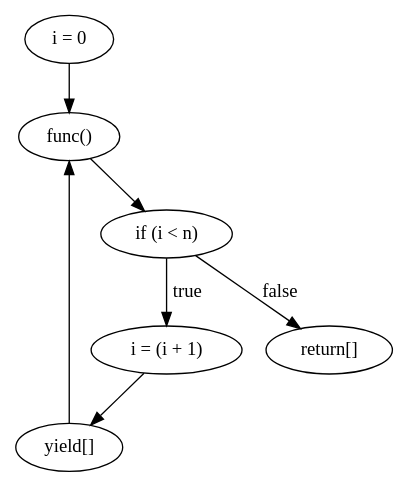
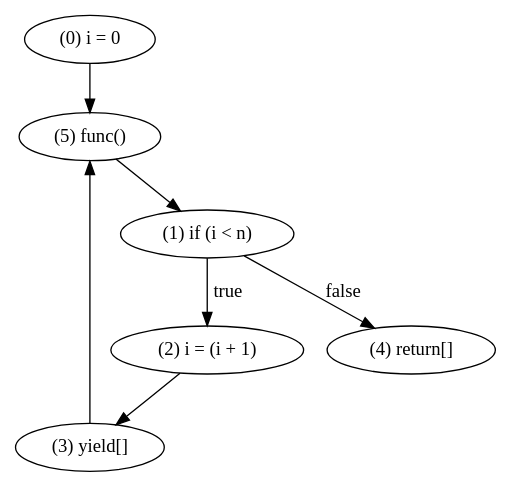
Before and after one commit to WorldofKerry/ToHDL: the diagram in crates/passes/insert_func_nodes.dot, drawn with Graphviz. The commit also changed 8 other files, not shown here.

```diff
--- a/crates/passes/insert_func_nodes.dot
+++ b/crates/passes/insert_func_nodes.dot
@@ -1,14 +1,14 @@
 digraph {
-    0 [ label = "i = 0" ]
-    1 [ label = "if (i < n)" ]
-    2 [ label = "i = (i + 1)" ]
-    3 [ label = "yield[]" ]
-    4 [ label = "return[]" ]
-    5 [ label = "func()" ]
-    3 -> 5 [ label = "" ]
+    0 [ label = "(0) i = 0" ]
+    1 [ label = "(1) if (i < n)" ]
+    2 [ label = "(2) i = (i + 1)" ]
+    3 [ label = "(3) yield[]" ]
+    4 [ label = "(4) return[]" ]
+    5 [ label = "(5) func()" ]
+    0 -> 5 [ label = "" ]
+    1 -> 4 [ label = "false" ]
     1 -> 2 [ label = "true" ]
     2 -> 3 [ label = "" ]
+    3 -> 5 [ label = "" ]
     5 -> 1 [ label = "" ]
-    1 -> 4 [ label = "false" ]
-    0 -> 5 [ label = "" ]
 }
```
